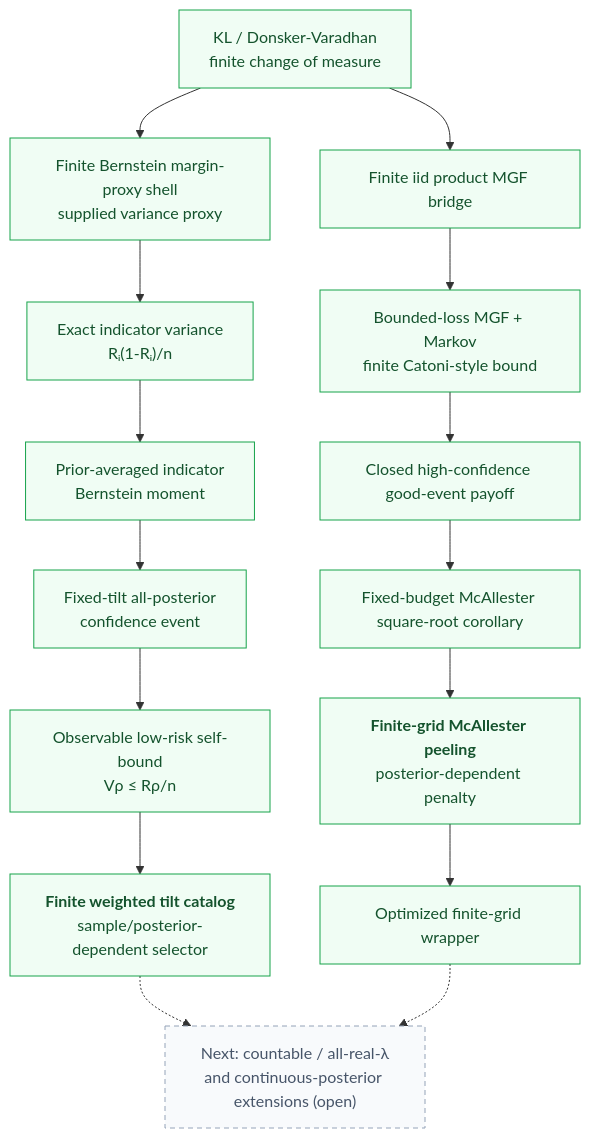
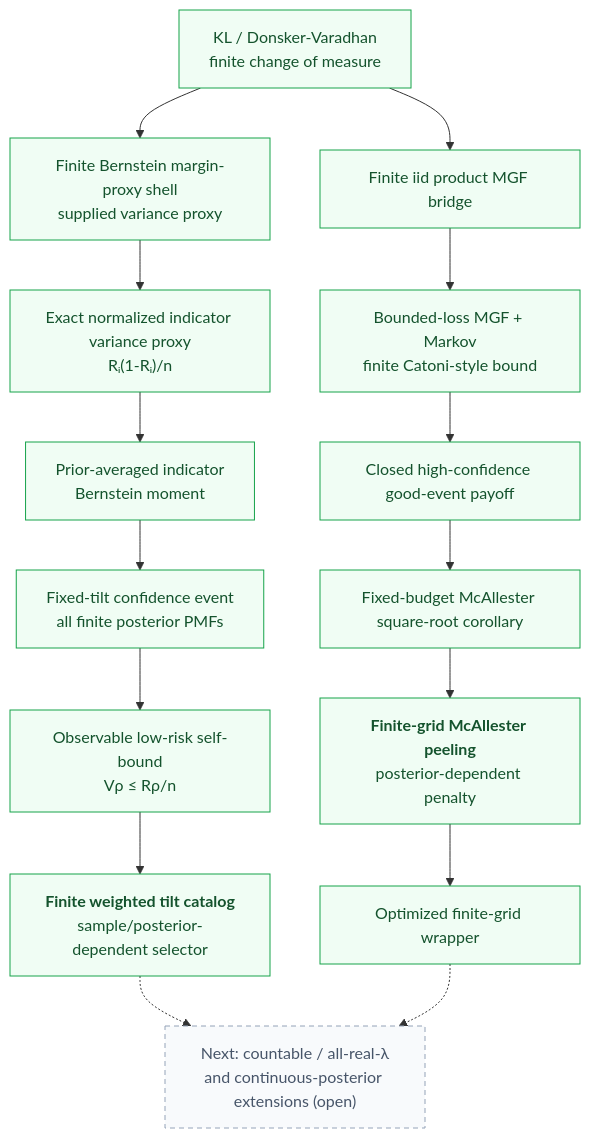
One commit to Robby955/FormalSLT changed the sixth of 7 diagrams in docs/diagrams.md. Above: the diagram before and after it, drawn with Mermaid. The commit also changed 2 other files, not shown here.

Commit message:
docs(pac-bayes): clarify weighted catalog scope

````diff
--- a/docs/diagrams.md
+++ b/docs/diagrams.md
@@ -193,27 +193,27 @@
 ```mermaid
 flowchart TD
     kl["KL / Donsker-Varadhan<br/>finite change of measure"]
     mgf["Finite iid product MGF bridge"]
     catoni["Bounded-loss MGF + Markov<br/>finite Catoni-style bound"]
     payoff["Closed high-confidence good-event payoff"]
     fixed["Fixed-budget McAllester square-root corollary"]
     peeling["<b>Finite-grid McAllester peeling</b><br/>posterior-dependent penalty"]
     optimized["Optimized finite-grid wrapper"]
     bernstein["Finite Bernstein margin-proxy shell<br/>supplied variance proxy"]
-    variance["Exact indicator variance<br/>Rᵢ(1-Rᵢ)/n"]
+    variance["Exact normalized indicator variance proxy<br/>Rᵢ(1-Rᵢ)/n"]
     moment["Prior-averaged indicator<br/>Bernstein moment"]
-    confidence["Fixed-tilt all-posterior<br/>confidence event"]
+    confidence["Fixed-tilt confidence event<br/>all finite posterior PMFs"]
     lowrisk["Observable low-risk self-bound<br/>Vρ ≤ Rρ/n"]
     catalog["<b>Finite weighted tilt catalog</b><br/>sample/posterior-dependent selector"]
     future["Next: countable / all-real-λ<br/>and continuous-posterior extensions (open)"]
 
     kl --> mgf --> catoni --> payoff --> fixed --> peeling --> optimized
     kl --> bernstein --> variance --> moment --> confidence --> lowrisk --> catalog
     catalog -.-> future
     optimized -.-> future
 
     classDef verified fill:#f0fdf4,stroke:#16a34a,color:#14532d;
     classDef future fill:#f8fafc,stroke:#94a3b8,color:#475569,stroke-dasharray: 5 4;
     class kl,mgf,catoni,payoff,fixed,peeling,optimized,bernstein,variance,moment,confidence,lowrisk,catalog verified;
     class future future;
 ```
````
